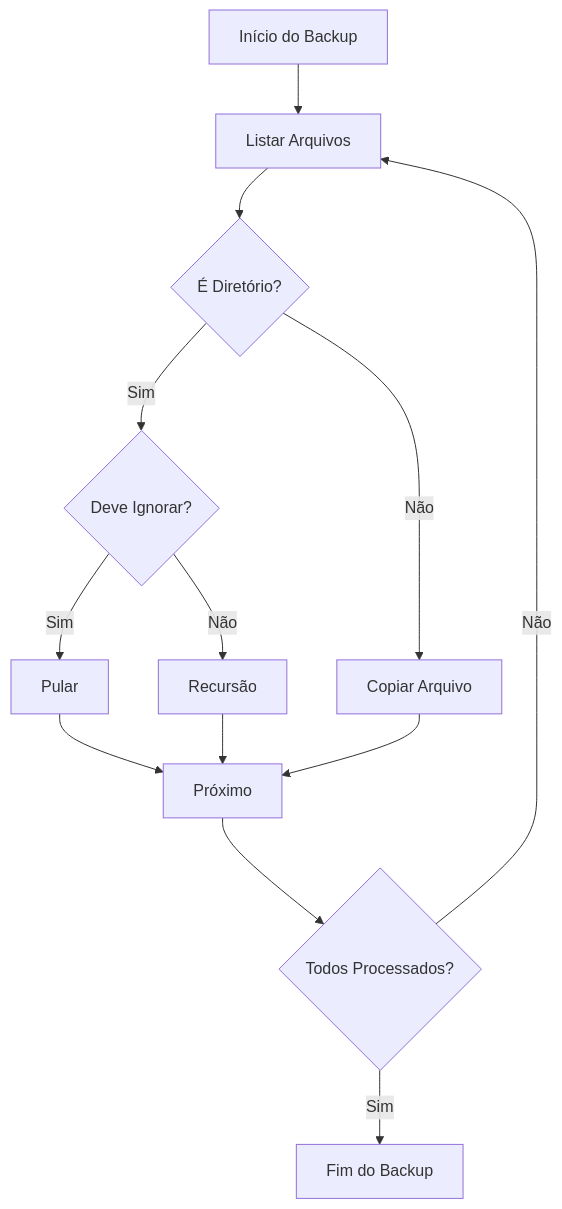
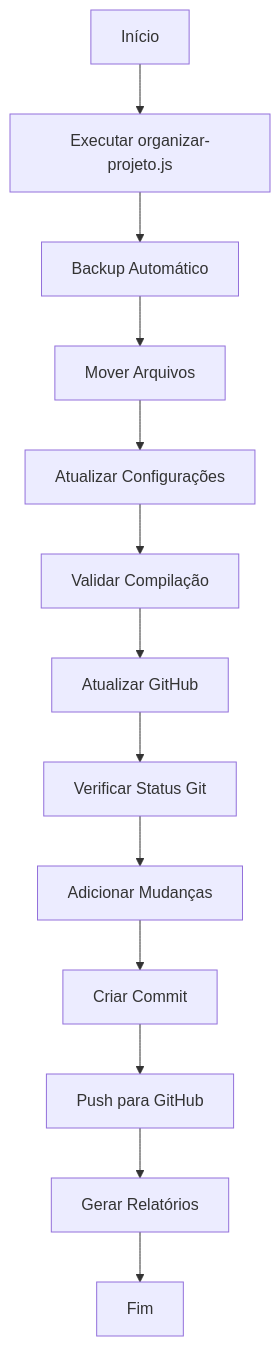
The third of 7 diagrams in docs/FLUXOGRAMA.md (JoaoSantosCodes/start-devai), drawn with Mermaid before and after one commit. The commit also changed other lines of this file and 2 other files, not shown here.

````diff
--- a/docs/FLUXOGRAMA.md
+++ b/docs/FLUXOGRAMA.md
@@ -22,15 +62,17 @@
 ```mermaid
 graph TD
-    A[Início do Backup] --> B[Listar Arquivos]
-    B --> C{É Diretório?}
-    C -->|Sim| D{Deve Ignorar?}
-    D -->|Sim| E[Pular]
-    D -->|Não| F[Recursão]
-    C -->|Não| G[Copiar Arquivo]
-    E --> H[Próximo]
-    F --> H
-    G --> H
-    H --> I{Todos Processados?}
-    I -->|Não| B
-    I -->|Sim| J[Fim do Backup]
+    A[Início] --> B[Executar organizar-projeto.js]
+    B --> C[Backup Automático]
+    C --> D[Mover Arquivos]
+    D --> E[Atualizar Configurações]
+    E --> F[Validar Compilação]
+    F --> G[Atualizar GitHub]
+
+    G --> H[Verificar Status Git]
+    H --> I[Adicionar Mudanças]
+    I --> J[Criar Commit]
+    J --> K[Push para GitHub]
+
+    K --> L[Gerar Relatórios]
+    L --> M[Fim]
 ```
````
